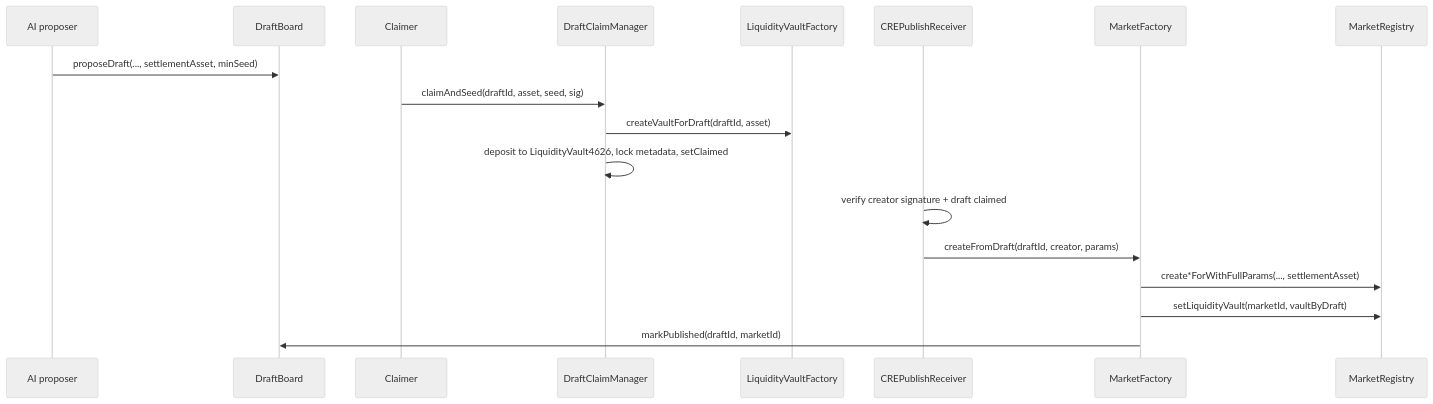
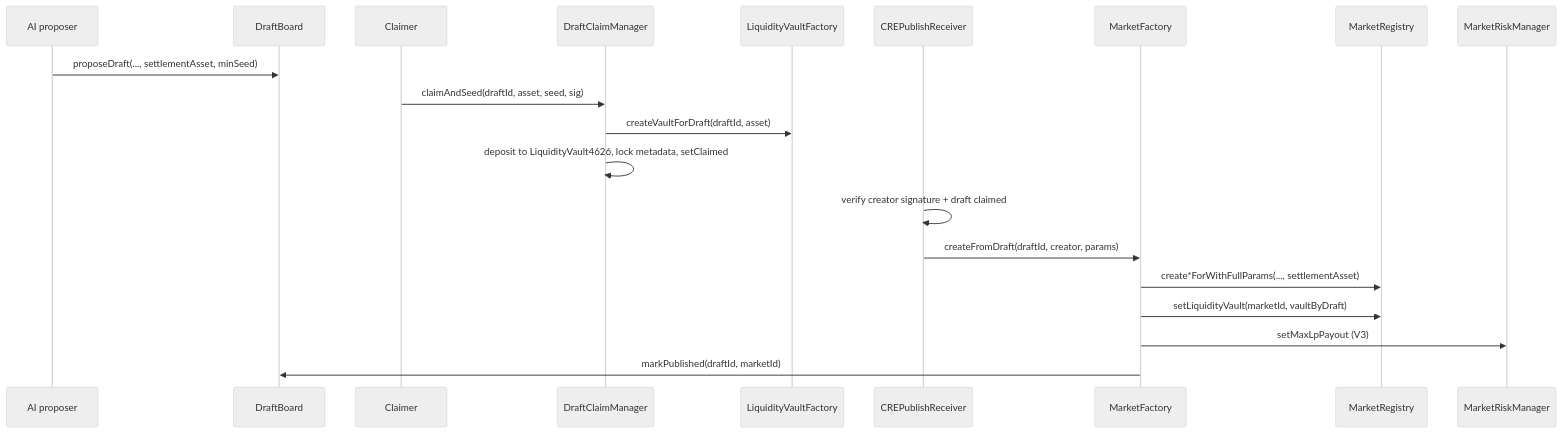
The third of 4 diagrams in docs/abi/docs/CurrentSmartContract.md (mAsyamJ/ShadowPool), drawn with Mermaid (neutral theme) before and after one commit. The commit also changed other lines of this file and 94 other files, not shown here.

````diff
--- a/docs/abi/docs/CurrentSmartContract.md
+++ b/docs/abi/docs/CurrentSmartContract.md
@@ -261,22 +308,24 @@
 ```mermaid
 sequenceDiagram
   participant AI as AI proposer
   participant DB as DraftBoard
   participant Maker as Claimer
   participant DCM as DraftClaimManager
   participant LVF as LiquidityVaultFactory
   participant CPR as CREPublishReceiver
   participant MF as MarketFactory
   participant MR as MarketRegistry
+  participant RM as MarketRiskManager
 
   AI->>DB: proposeDraft(..., settlementAsset, minSeed)
   Maker->>DCM: claimAndSeed(draftId, asset, seed, sig)
   DCM->>LVF: createVaultForDraft(draftId, asset)
   DCM->>DCM: deposit to LiquidityVault4626, lock metadata, setClaimed
 
   CPR->>CPR: verify creator signature + draft claimed
   CPR->>MF: createFromDraft(draftId, creator, params)
   MF->>MR: create*ForWithFullParams(..., settlementAsset)
   MF->>MR: setLiquidityVault(marketId, vaultByDraft)
+  MF->>RM: setMaxLpPayout (V3)
   MF->>DB: markPublished(draftId, marketId)
 ```
````
